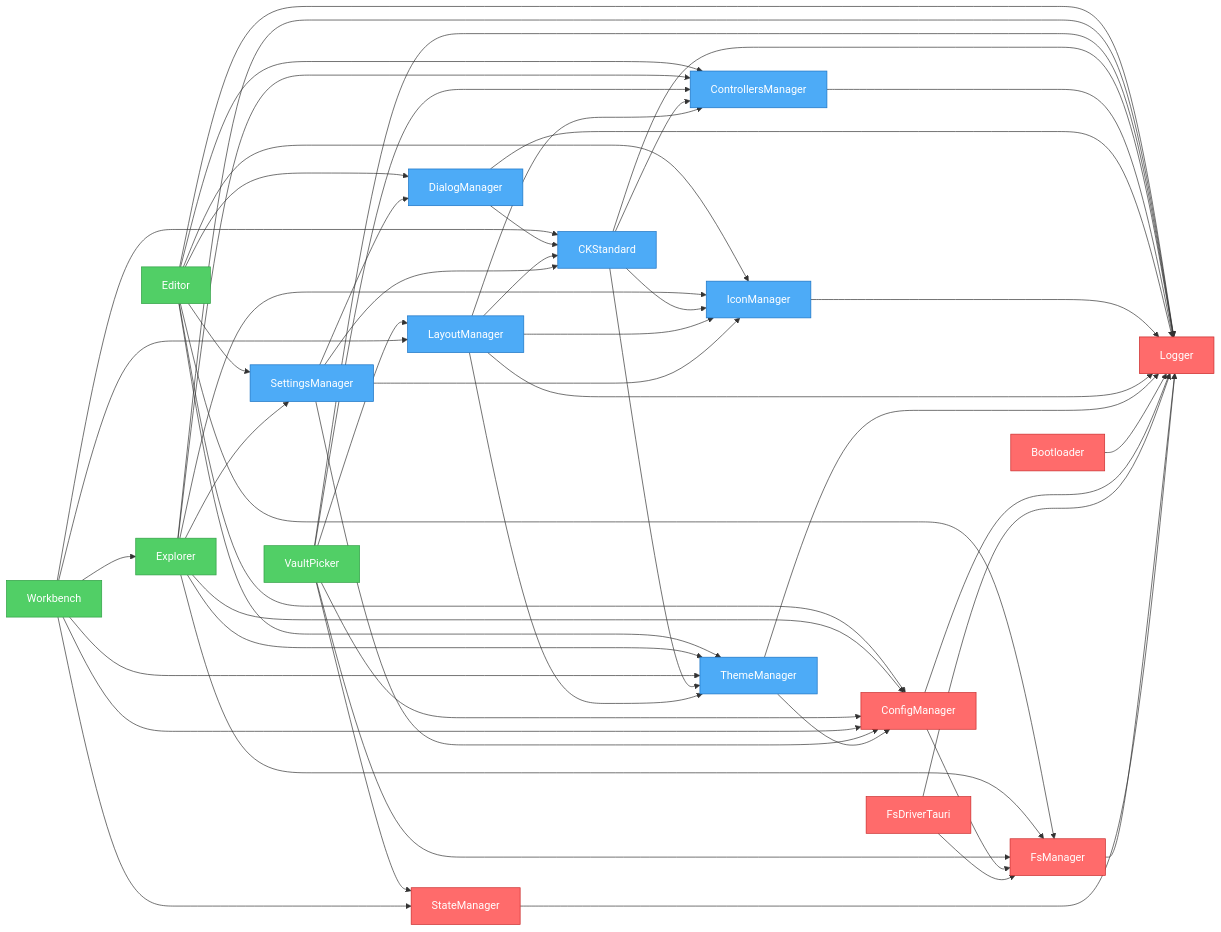
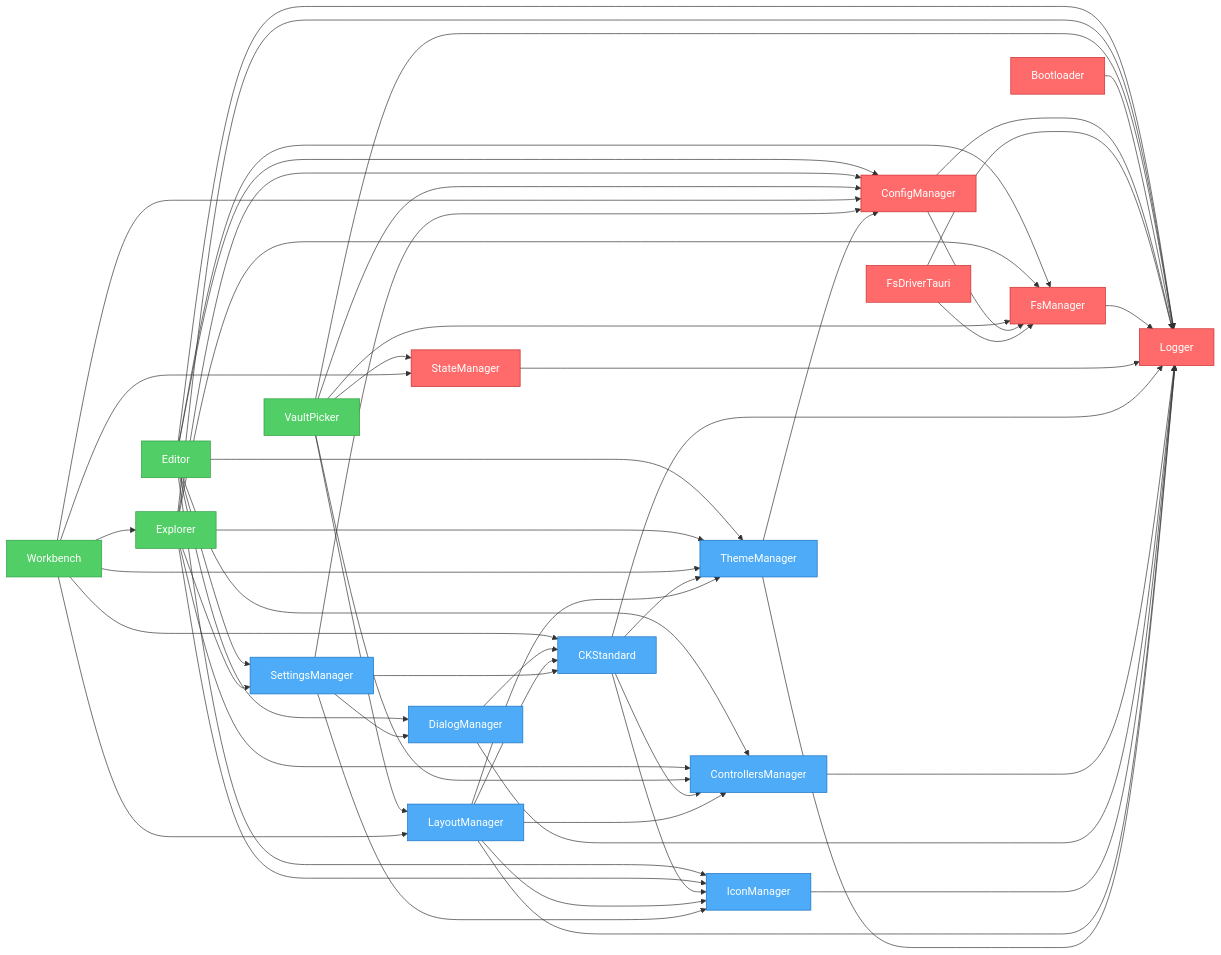
The diagram in artifacts/graph.mmd (khton-tech/notehub.md), drawn with Mermaid before and after one commit. The commit also changed other lines of this file and 6 other files, not shown here.

Commit message:
feat: Add EditorController for file management and generate plugin dependency graph.

```diff
--- a/artifacts/graph.mmd
+++ b/artifacts/graph.mmd
@@ -1,80 +1,80 @@
 flowchart LR
     nh_features_editor["Editor"]
     nh_features_explorer["Explorer"]
     nh_features_vault-picker["VaultPicker"]
     nh_features_workbench["Workbench"]
+    nh_system_bootloader["Bootloader"]
+    nh_system_config-manager["ConfigManager"]
+    nh_system_fs-driver-tauri["FsDriverTauri"]
+    nh_system_fs-manager["FsManager"]
+    nh_system_logger["Logger"]
+    nh_system_state-manager["StateManager"]
     nh_ui_ck-standard["CKStandard"]
     nh_ui_controllers-manager["ControllersManager"]
     nh_ui_dialog-manager["DialogManager"]
     nh_ui_icon-manager["IconManager"]
     nh_ui_layout-manager["LayoutManager"]
     nh_ui_settings-manager["SettingsManager"]
     nh_ui_theme-manager["ThemeManager"]
-    nh_system_bootloader["Bootloader"]
-    nh_system_config-manager["ConfigManager"]
-    nh_system_fs-driver-tauri["FsDriverTauri"]
-    nh_system_fs-manager["FsManager"]
-    nh_system_logger["Logger"]
-    nh_system_state-manager["StateManager"]
     nh_features_editor --> nh_system_config-manager
     nh_features_editor --> nh_ui_settings-manager
     nh_features_editor --> nh_system_fs-manager
     nh_features_editor --> nh_system_logger
     nh_features_editor --> nh_ui_controllers-manager
     nh_features_editor --> nh_ui_dialog-manager
     nh_features_editor --> nh_ui_icon-manager
     nh_features_editor --> nh_ui_theme-manager
     nh_features_explorer --> nh_system_config-manager
     nh_features_explorer --> nh_ui_settings-manager
     nh_features_explorer --> nh_system_fs-manager
     nh_features_explorer --> nh_system_logger
     nh_features_explorer --> nh_ui_controllers-manager
     nh_features_explorer --> nh_ui_icon-manager
     nh_features_explorer --> nh_ui_theme-manager
     nh_features_vault-picker --> nh_system_fs-manager
     nh_features_vault-picker --> nh_system_config-manager
     nh_features_vault-picker --> nh_system_state-manager
     nh_features_vault-picker --> nh_system_logger
     nh_features_vault-picker --> nh_ui_controllers-manager
     nh_features_vault-picker --> nh_ui_layout-manager
     nh_features_workbench --> nh_system_config-manager
     nh_features_workbench --> nh_ui_layout-manager
     nh_features_workbench --> nh_ui_theme-manager
     nh_features_workbench --> nh_ui_ck-standard
     nh_features_workbench --> nh_system_state-manager
     nh_features_workbench --> nh_features_explorer
+    nh_system_bootloader --> nh_system_logger
+    nh_system_config-manager --> nh_system_logger
+    nh_system_config-manager --> nh_system_fs-manager
+    nh_system_fs-driver-tauri --> nh_system_logger
+    nh_system_fs-driver-tauri --> nh_system_fs-manager
+    nh_system_fs-manager --> nh_system_logger
+    nh_system_state-manager --> nh_system_logger
     nh_ui_ck-standard --> nh_system_logger
     nh_ui_ck-standard --> nh_ui_controllers-manager
     nh_ui_ck-standard --> nh_ui_icon-manager
     nh_ui_ck-standard --> nh_ui_theme-manager
     nh_ui_controllers-manager --> nh_system_logger
     nh_ui_dialog-manager --> nh_system_logger
     nh_ui_dialog-manager --> nh_ui_ck-standard
     nh_ui_icon-manager --> nh_system_logger
     nh_ui_layout-manager --> nh_system_logger
     nh_ui_layout-manager --> nh_ui_theme-manager
     nh_ui_layout-manager --> nh_ui_icon-manager
     nh_ui_layout-manager --> nh_ui_controllers-manager
     nh_ui_layout-manager --> nh_ui_ck-standard
     nh_ui_settings-manager --> nh_system_config-manager
     nh_ui_settings-manager --> nh_ui_ck-standard
     nh_ui_settings-manager --> nh_ui_icon-manager
     nh_ui_settings-manager --> nh_ui_dialog-manager
     nh_ui_theme-manager --> nh_system_logger
     nh_ui_theme-manager --> nh_system_config-manager
-    nh_system_bootloader --> nh_system_logger
-    nh_system_config-manager --> nh_system_logger
-    nh_system_config-manager --> nh_system_fs-manager
-    nh_system_fs-driver-tauri --> nh_system_logger
-    nh_system_fs-driver-tauri --> nh_system_fs-manager
-    nh_system_fs-manager --> nh_system_logger
-    nh_system_state-manager --> nh_system_logger
 
     %% Styles
     classDef system fill:#ff6b6b,stroke:#c92a2a,color:#fff
     classDef ui fill:#4dabf7,stroke:#1971c2,color:#fff
     classDef feature fill:#51cf66,stroke:#2f9e44,color:#fff
     class nh_features_editor,nh_features_explorer,nh_features_workbench feature
     class nh_features_vault-picker feature
+    class nh_system_bootloader,nh_system_config-manager,nh_system_fs-driver-tauri,nh_system_fs-manager,nh_system_logger,nh_system_state-manager system
     class nh_ui_ck-standard,nh_ui_controllers-manager,nh_ui_dialog-manager,nh_ui_icon-manager,nh_ui_layout-manager,nh_ui_settings-manager,nh_ui_theme-manager ui
-    class nh_system_bootloader,nh_system_config-manager,nh_system_fs-driver-tauri,nh_system_fs-manager,nh_system_logger,nh_system_state-manager system
```
